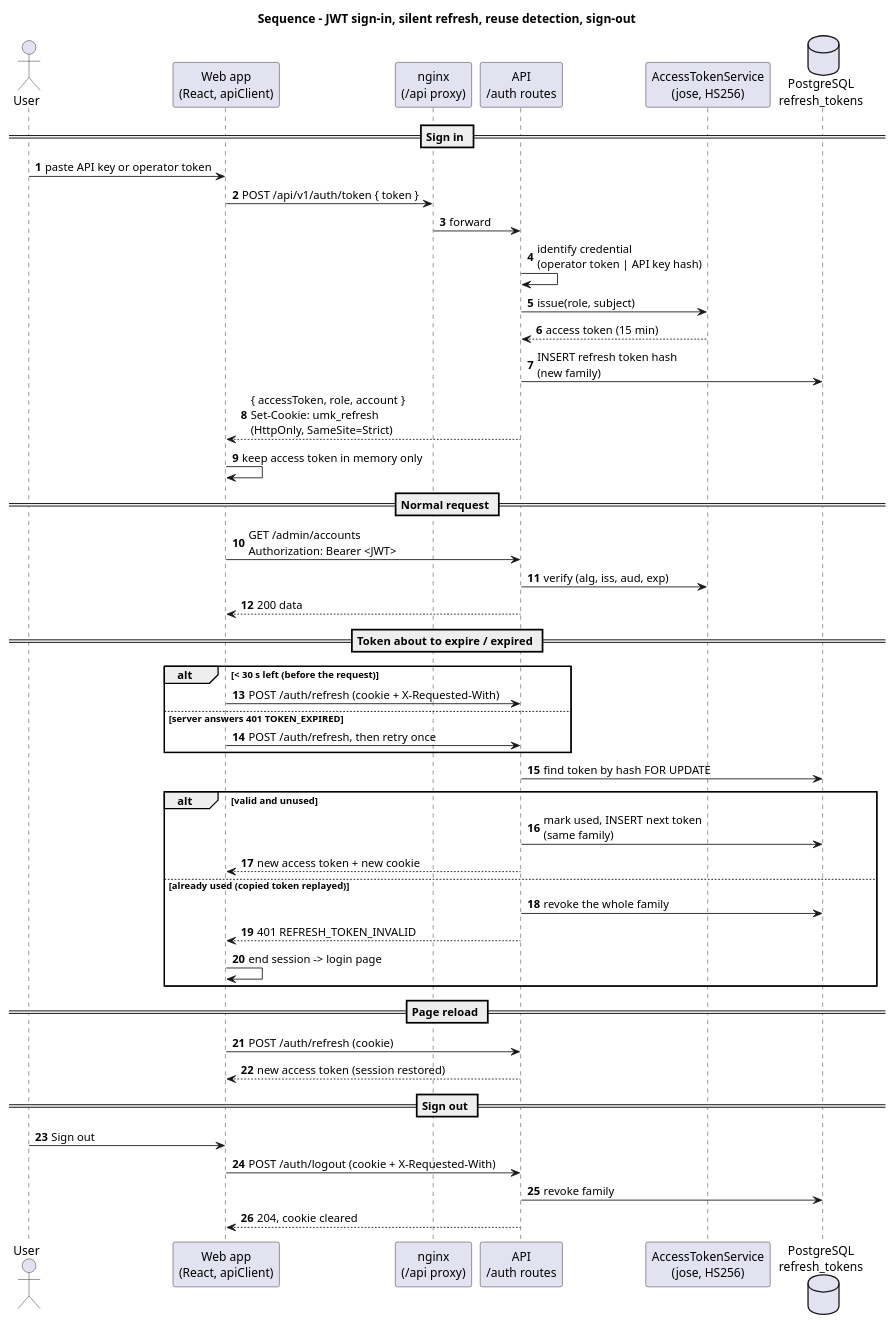
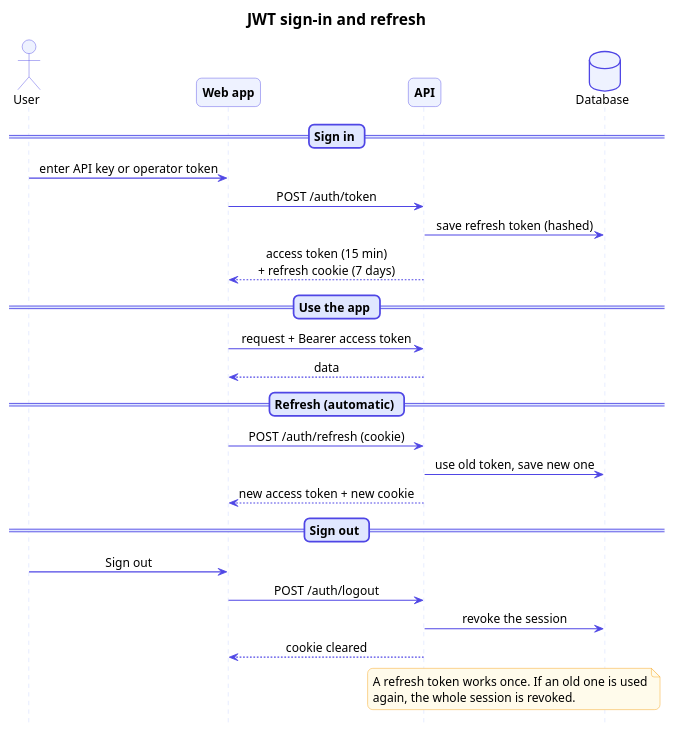
One commit to QaisRjoob/usage-metering-service changed the diagram in docs/uml/03-sequence-jwt-auth.puml. Above: the diagram before and after it, drawn with PlantUML. The commit also changed 12 other files, not shown here.

Commit message:
UML: simpler, cleaner sequence diagrams

```diff
--- a/docs/uml/03-sequence-jwt-auth.puml
+++ b/docs/uml/03-sequence-jwt-auth.puml
@@ -1,54 +1,57 @@
 @startuml 03-sequence-jwt-auth
-title Sequence - JWT sign-in, silent refresh, reuse detection, sign-out
+title JWT sign-in and refresh
+hide footbox
 skinparam shadowing false
-autonumber
+skinparam defaultFontName Arial
+skinparam defaultFontSize 14
+skinparam sequenceMessageAlign center
+skinparam roundCorner 12
+skinparam ArrowColor #4F46E5
+skinparam ArrowThickness 1.3
+skinparam SequenceLifeLineBorderColor #C7D2FE
+skinparam ParticipantBackgroundColor #EEF2FF
+skinparam ParticipantBorderColor #4F46E5
+skinparam ParticipantFontStyle bold
+skinparam ActorBackgroundColor #EEF2FF
+skinparam ActorBorderColor #4F46E5
+skinparam DatabaseBackgroundColor #EEF2FF
+skinparam DatabaseBorderColor #4F46E5
+skinparam NoteBackgroundColor #FFFBEB
+skinparam NoteBorderColor #F59E0B
+skinparam SequenceGroupBorderColor #94A3B8
+skinparam SequenceGroupHeaderFontColor #334155
+skinparam SequenceDividerBackgroundColor #E0E7FF
+skinparam SequenceDividerBorderColor #4F46E5
+skinparam TitleFontSize 18
 
 actor User
-participant "Web app\n(React, apiClient)" as Web
-participant "nginx\n(/api proxy)" as Nginx
-participant "API\n/auth routes" as Auth
-participant "AccessTokenService\n(jose, HS256)" as JWT
-database "PostgreSQL\nrefresh_tokens" as DB
+participant "Web app" as Web
+participant "API" as API
+database "Database" as DB
 
 == Sign in ==
-User -> Web : paste API key or operator token
-Web -> Nginx : POST /api/v1/auth/token { token }
-Nginx -> Auth : forward
-Auth -> Auth : identify credential\n(operator token | API key hash)
-Auth -> JWT : issue(role, subject)
-JWT --> Auth : access token (15 min)
-Auth -> DB : INSERT refresh token hash\n(new family)
-Auth --> Web : { accessToken, role, account }\nSet-Cookie: umk_refresh\n(HttpOnly, SameSite=Strict)
-Web -> Web : keep access token in memory only
+User -> Web : enter API key or operator token
+Web -> API : POST /auth/token
+API -> DB : save refresh token (hashed)
+API --> Web : access token (15 min)\n+ refresh cookie (7 days)
 
-== Normal request ==
-Web -> Auth : GET /admin/accounts\nAuthorization: Bearer <JWT>
-Auth -> JWT : verify (alg, iss, aud, exp)
-Auth --> Web : 200 data
+== Use the app ==
+Web -> API : request + Bearer access token
+API --> Web : data
 
-== Token about to expire / expired ==
-alt < 30 s left (before the request)
-  Web -> Auth : POST /auth/refresh (cookie + X-Requested-With)
-else server answers 401 TOKEN_EXPIRED
-  Web -> Auth : POST /auth/refresh, then retry once
-end
-Auth -> DB : find token by hash FOR UPDATE
-alt valid and unused
-  Auth -> DB : mark used, INSERT next token\n(same family)
-  Auth --> Web : new access token + new cookie
-else already used (copied token replayed)
-  Auth -> DB : revoke the whole family
-  Auth --> Web : 401 REFRESH_TOKEN_INVALID
-  Web -> Web : end session -> login page
-end
-
-== Page reload ==
-Web -> Auth : POST /auth/refresh (cookie)
-Auth --> Web : new access token (session restored)
+== Refresh (automatic) ==
+Web -> API : POST /auth/refresh (cookie)
+API -> DB : use old token, save new one
+API --> Web : new access token + new cookie
 
 == Sign out ==
 User -> Web : Sign out
-Web -> Auth : POST /auth/logout (cookie + X-Requested-With)
-Auth -> DB : revoke family
-Auth --> Web : 204, cookie cleared
+Web -> API : POST /auth/logout
+API -> DB : revoke the session
+API --> Web : cookie cleared
+
+note over API, DB
+  A refresh token works once. If an old one is used
+  again, the whole session is revoked.
+end note
 @enduml
```
